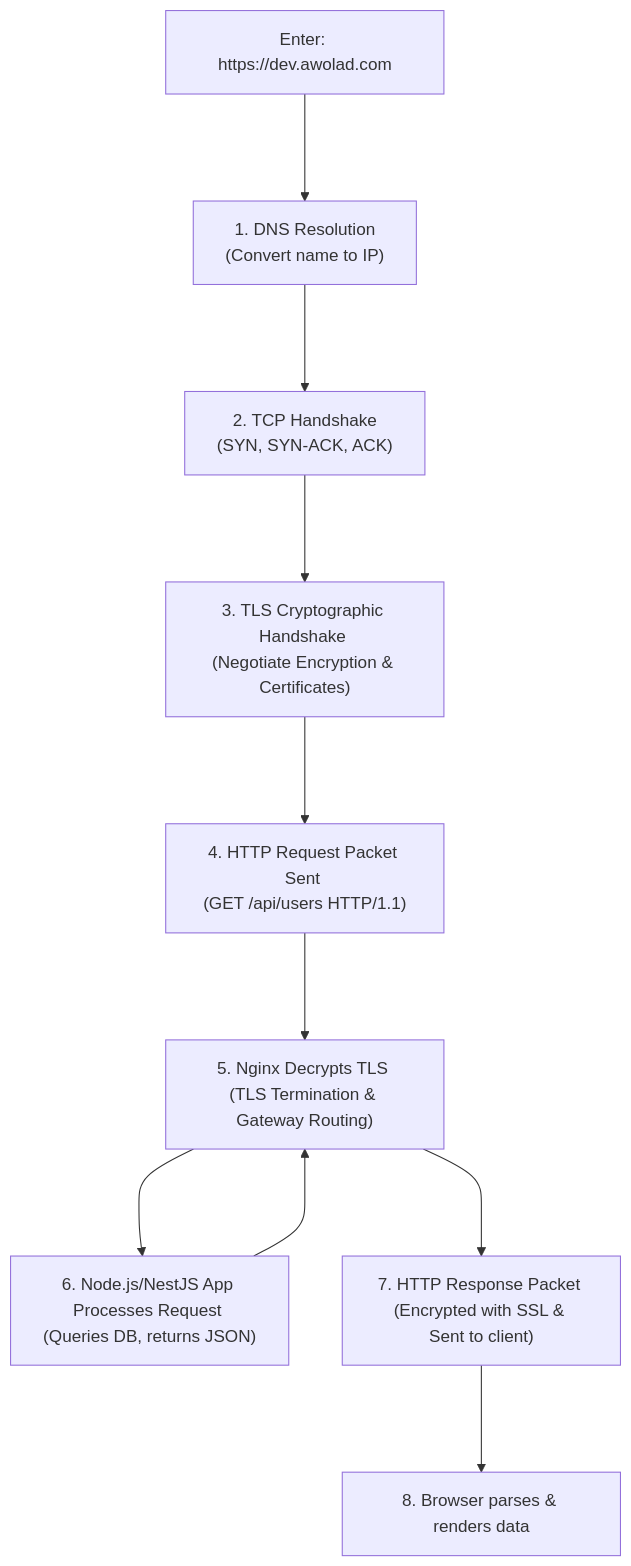
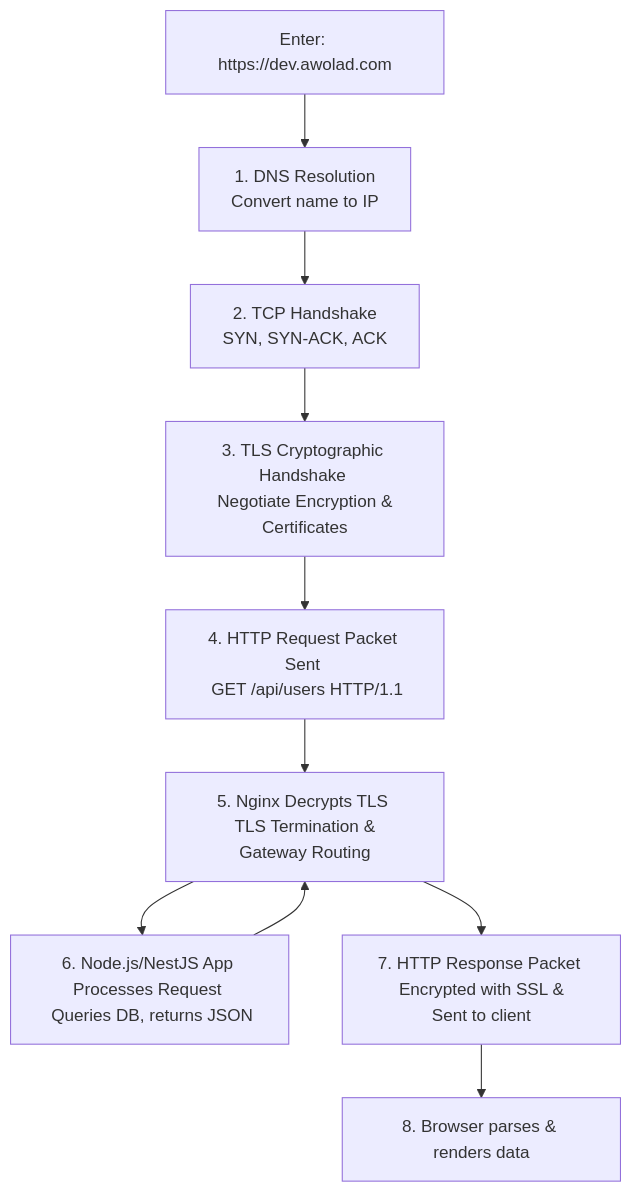
The eighth of 14 diagrams in content/networking.md (awoladhossain/awolad-docs), drawn with Mermaid before and after one commit. The commit also changed other lines of this file, not shown here.

Commit message:
fix: resolve all Mermaid diagram syntax and parsing errors in networking.md

````diff
--- a/content/networking.md
+++ b/content/networking.md
@@ -276,12 +274,12 @@
 ```mermaid
 flowchart TD
-    Start["Enter: https://dev.awolad.com"] ---> DNS["1. DNS Resolution <br>(Convert name to IP)"]
-    DNS ---> TCP["2. TCP Handshake <br>(SYN, SYN-ACK, ACK)"]
-    TCP ---> TLS["3. TLS Cryptographic Handshake <br>(Negotiate Encryption & Certificates)"]
-    TLS ---> HTTPRequest["4. HTTP Request Packet Sent <br>(GET /api/users HTTP/1.1)"]
-    HTTPRequest ---> ReverseProxy["5. Nginx Decrypts TLS <br>(TLS Termination & Gateway Routing)"]
-    ReverseProxy ---> AppServer["6. Node.js/NestJS App Processes Request <br>(Queries DB, returns JSON)"]
-    AppServer ---> ReverseProxy
-    ReverseProxy ---> HTTPResponse["7. HTTP Response Packet <br>(Encrypted with SSL & Sent to client)"]
-    HTTPResponse ---> BrowserRender["8. Browser parses & renders data"]
+    Start["Enter: https://dev.awolad.com"] --> DNS["1. DNS Resolution <br> Convert name to IP"]
+    DNS --> TCP["2. TCP Handshake <br> SYN, SYN-ACK, ACK"]
+    TCP --> TLS["3. TLS Cryptographic Handshake <br> Negotiate Encryption & Certificates"]
+    TLS --> HTTPRequest["4. HTTP Request Packet Sent <br> GET /api/users HTTP/1.1"]
+    HTTPRequest --> ReverseProxy["5. Nginx Decrypts TLS <br> TLS Termination & Gateway Routing"]
+    ReverseProxy --> AppServer["6. Node.js/NestJS App Processes Request <br> Queries DB, returns JSON"]
+    AppServer --> ReverseProxy
+    ReverseProxy --> HTTPResponse["7. HTTP Response Packet <br> Encrypted with SSL & Sent to client"]
+    HTTPResponse --> BrowserRender["8. Browser parses & renders data"]
 ```
````
